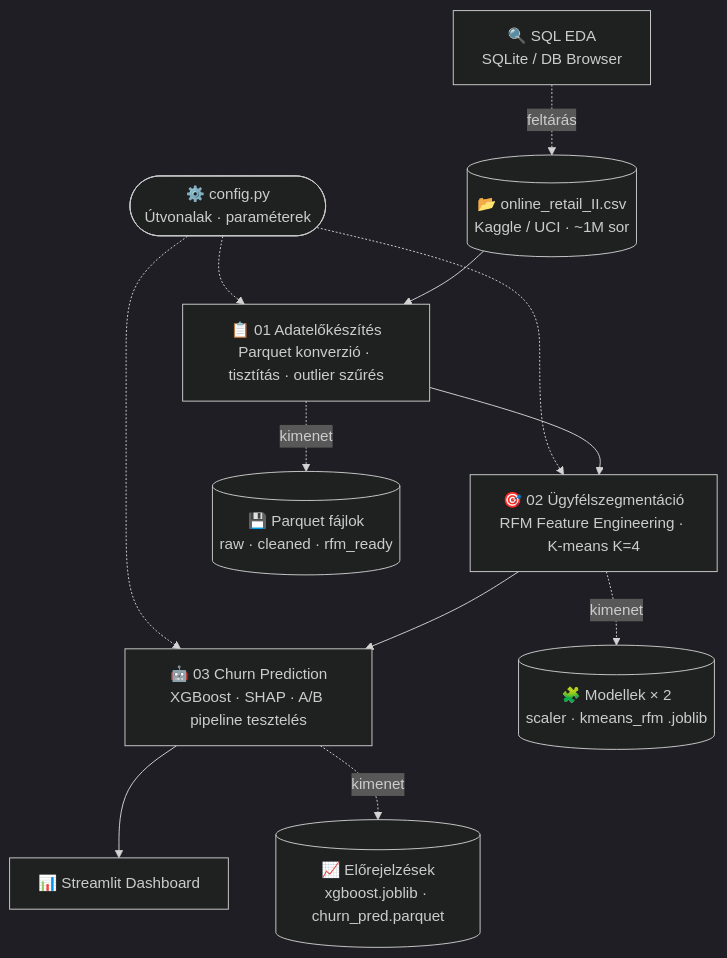
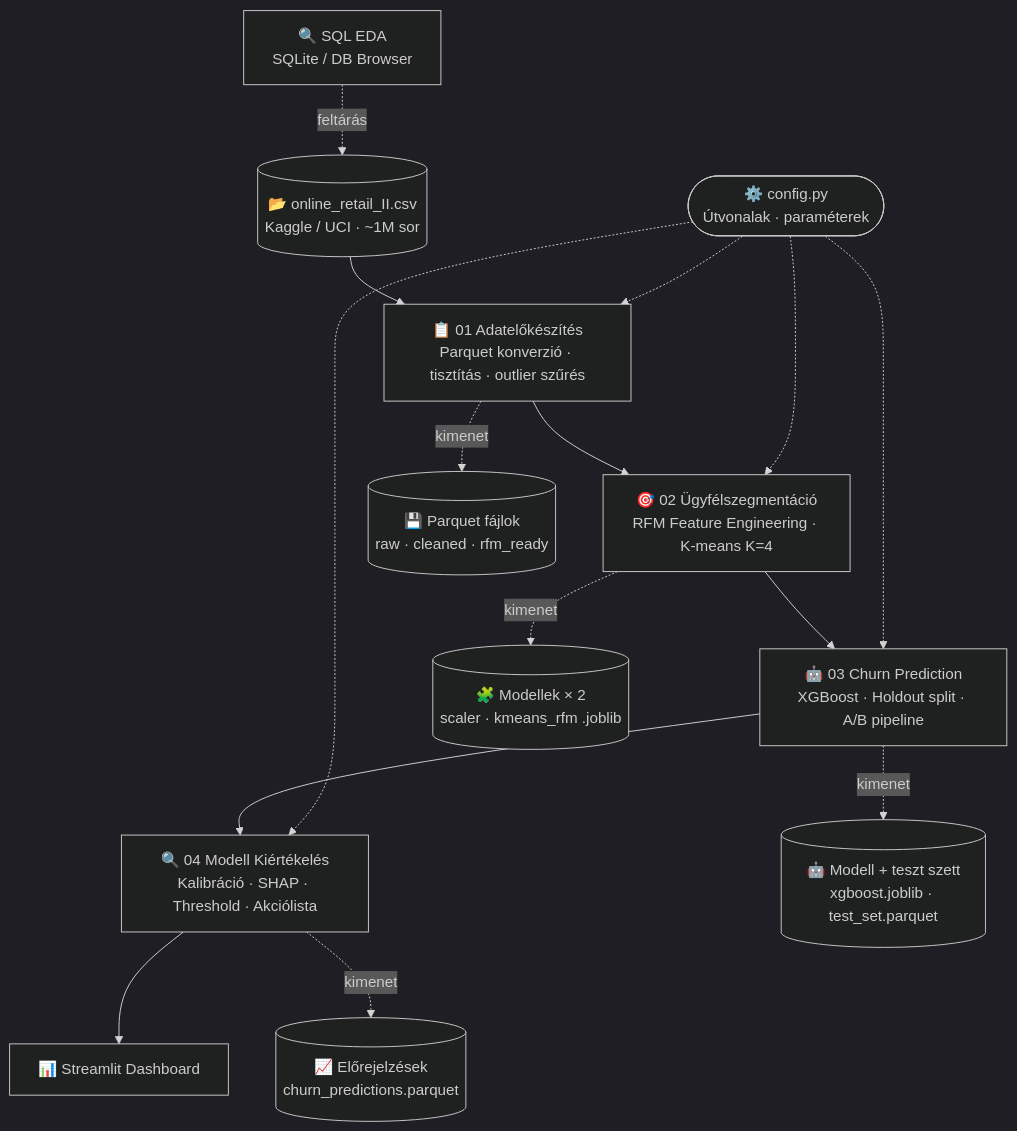
The diagram in README.md (csabatatrai/Ecommerce-Customer-Segmentation), drawn with Mermaid (dark theme) before and after one commit. The commit also changed other lines of this file and 16 other files, not shown here.

Commit message:
feat: 04_model_evaluation notebook hozzáadása (kalibráció, SHAP, threshold optimalizálás, üzleti akciólista); README frissítése helyes modellmetrikákkal, notebook számozással (10-14), architektúra-diagrammal és mappastruktúrával

````diff
--- a/README.md
+++ b/README.md
@@ -220,23 +243,26 @@
 ```mermaid
 flowchart TD
     CSV[("📂 online_retail_II.csv\nKaggle / UCI · ~1M sor")]
     SQL["🔍 SQL EDA\nSQLite / DB Browser"]
     CFG(["⚙️ config.py\nÚtvonalak · paraméterek"])
 
     SQL -.->|feltárás| CSV
     CFG -.-> PREP
     CFG -.-> SEG
     CFG -.-> CHURN
+    CFG -.-> EVAL
     CSV --> PREP
 
     PREP["📋 01 Adatelőkészítés\nParquet konverzió · tisztítás · outlier szűrés"]
     SEG["🎯 02 Ügyfélszegmentáció\nRFM Feature Engineering · K-means K=4"]
-    CHURN["🤖 03 Churn Prediction\nXGBoost · SHAP · A/B pipeline tesztelés"]
+    CHURN["🤖 03 Churn Prediction\nXGBoost · Holdout split · A/B pipeline"]
+    EVAL["🔍 04 Modell Kiértékelés\nKalibráció · SHAP · Threshold · Akciólista"]
     DASH["📊 Streamlit Dashboard"]
 
-    PREP --> SEG --> CHURN --> DASH
+    PREP --> SEG --> CHURN --> EVAL --> DASH
 
     PREP -.->|kimenet| P1[("💾 Parquet fájlok\nraw · cleaned · rfm_ready")]
     SEG  -.->|kimenet| M1[("🧩 Modellek × 2\nscaler · kmeans_rfm .joblib")]
-    CHURN-.->|kimenet| P2[("📈 Előrejelzések\nxgboost.joblib · churn_pred.parquet")]
+    CHURN-.->|kimenet| P2[("🤖 Modell + teszt szett\nxgboost.joblib · test_set.parquet")]
+    EVAL -.->|kimenet| P3[("📈 Előrejelzések\nchurn_predictions.parquet")]
 ```
````
